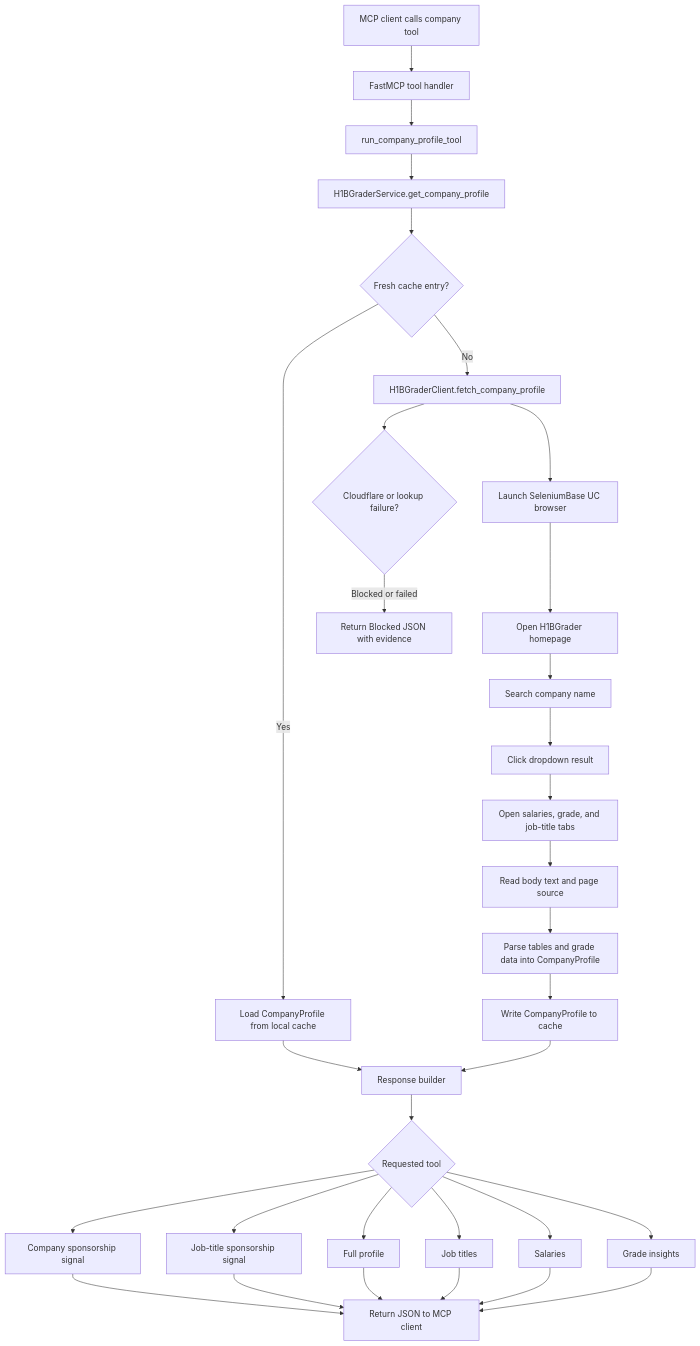
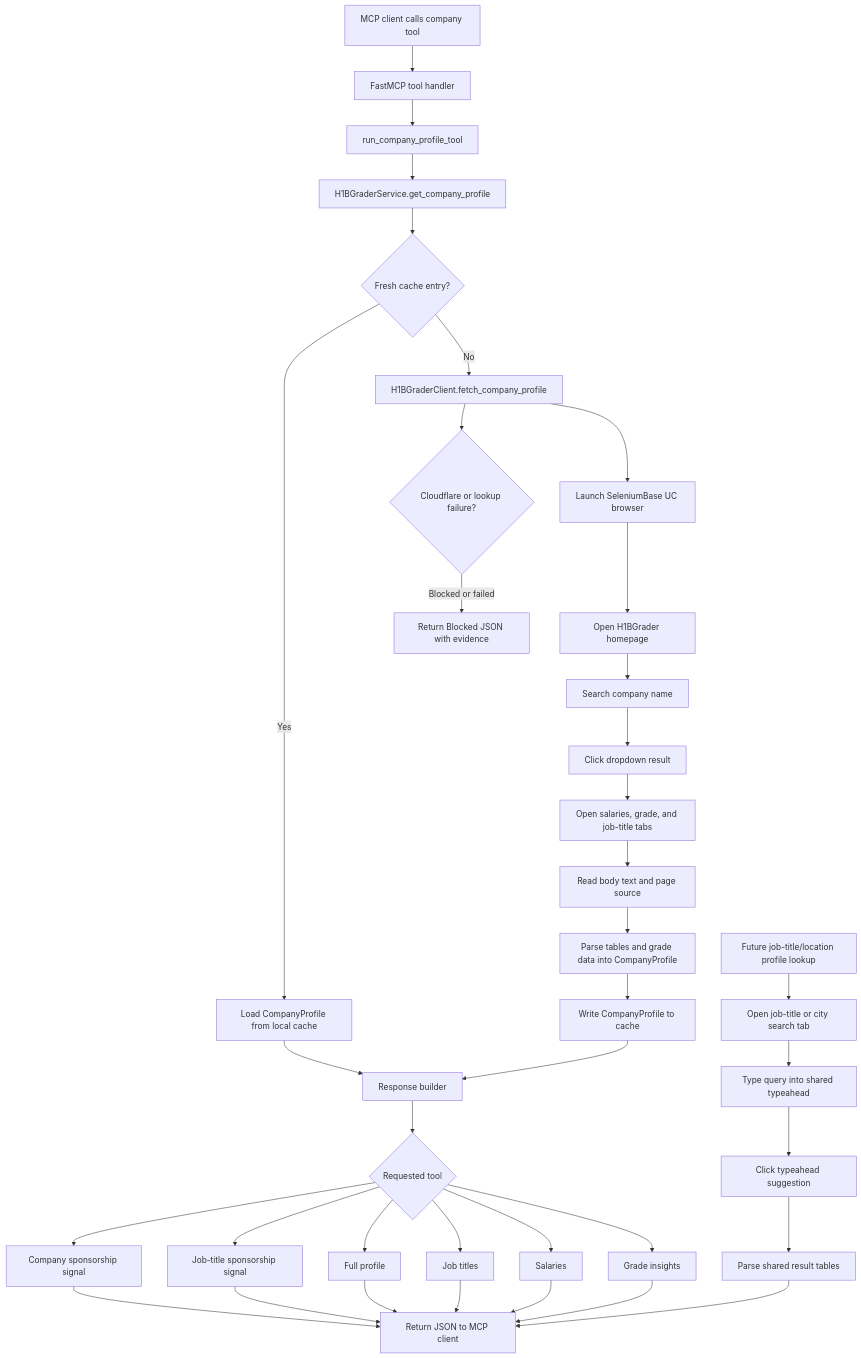
The diagram in README.md (Blacksuan19/h1b-mcp), drawn with Mermaid before and after one commit. The commit also changed other lines of this file and 18 other files, not shown here.

First line of the commit message:
feat(search): add cached job title and location profile support

````diff
--- a/README.md
+++ b/README.md
@@ -135,39 +136,45 @@
 ```mermaid
 flowchart TD
     A[MCP client calls company tool] --> B[FastMCP tool handler]
     B --> C[run_company_profile_tool]
     C --> D[H1BGraderService.get_company_profile]
 
     D --> E{Fresh cache entry?}
     E -->|Yes| F[Load CompanyProfile from local cache]
     E -->|No| G[H1BGraderClient.fetch_company_profile]
 
     G --> H[Launch SeleniumBase UC browser]
     H --> I[Open H1BGrader homepage]
     I --> J[Search company name]
     J --> K[Click dropdown result]
     K --> L[Open salaries, grade, and job-title tabs]
     L --> M[Read body text and page source]
     M --> N[Parse tables and grade data into CompanyProfile]
     N --> O[Write CompanyProfile to cache]
 
     F --> P[Response builder]
     O --> P
     P --> Q{Requested tool}
     Q --> R[Company sponsorship signal]
     Q --> S[Job-title sponsorship signal]
     Q --> T[Full profile]
     Q --> U[Job titles]
     Q --> V[Salaries]
     Q --> W[Grade insights]
 
     R --> X[Return JSON to MCP client]
     S --> X
     T --> X
     U --> X
     V --> X
     W --> X
 
     G --> Y{Cloudflare or lookup failure?}
     Y -->|Blocked or failed| Z[Return Blocked JSON with evidence]
+
+    A2[Future job-title/location profile lookup] --> B2[Open job-title or city search tab]
+    B2 --> C2[Type query into shared typeahead]
+    C2 --> D2[Click typeahead suggestion]
+    D2 --> E2[Parse shared result tables]
+    E2 --> X
 ```
````
